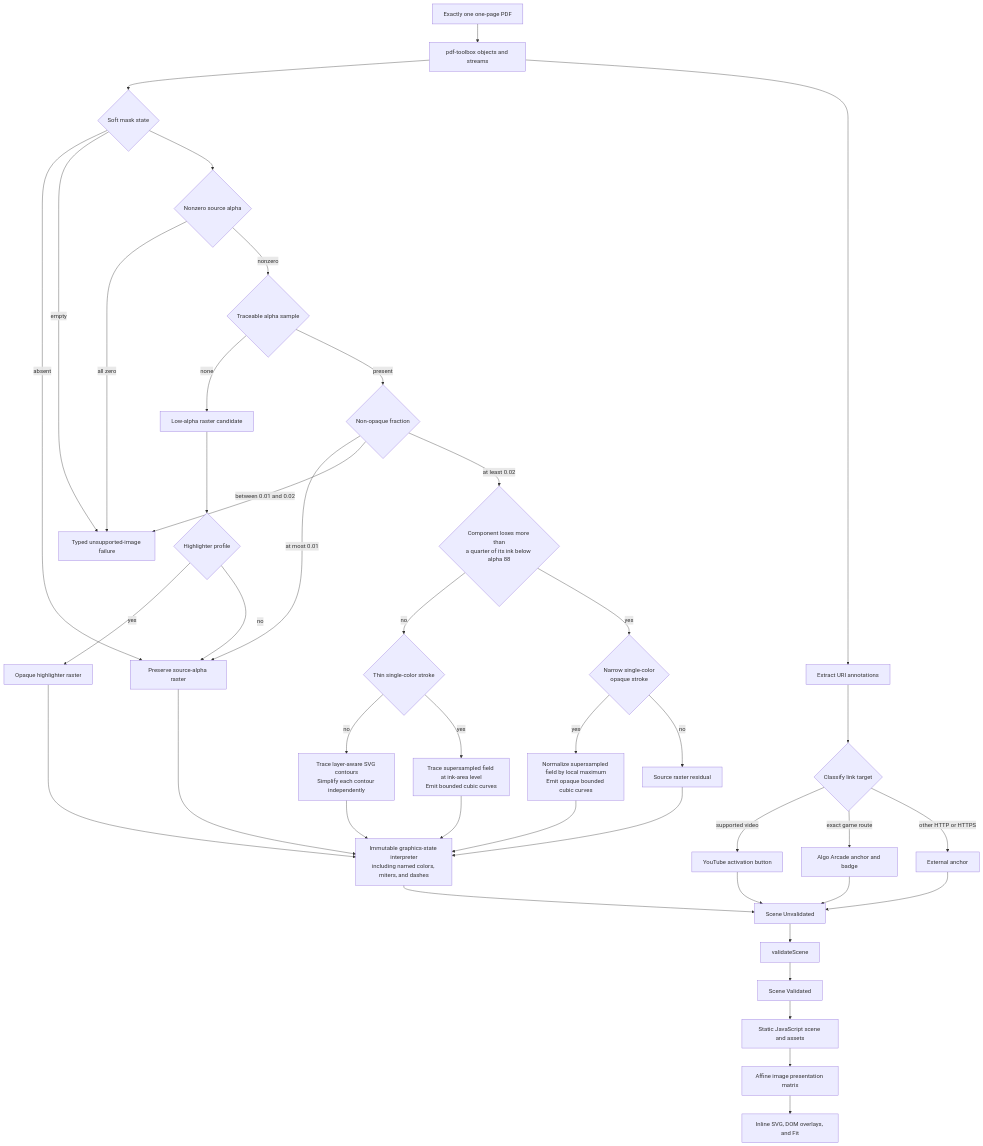
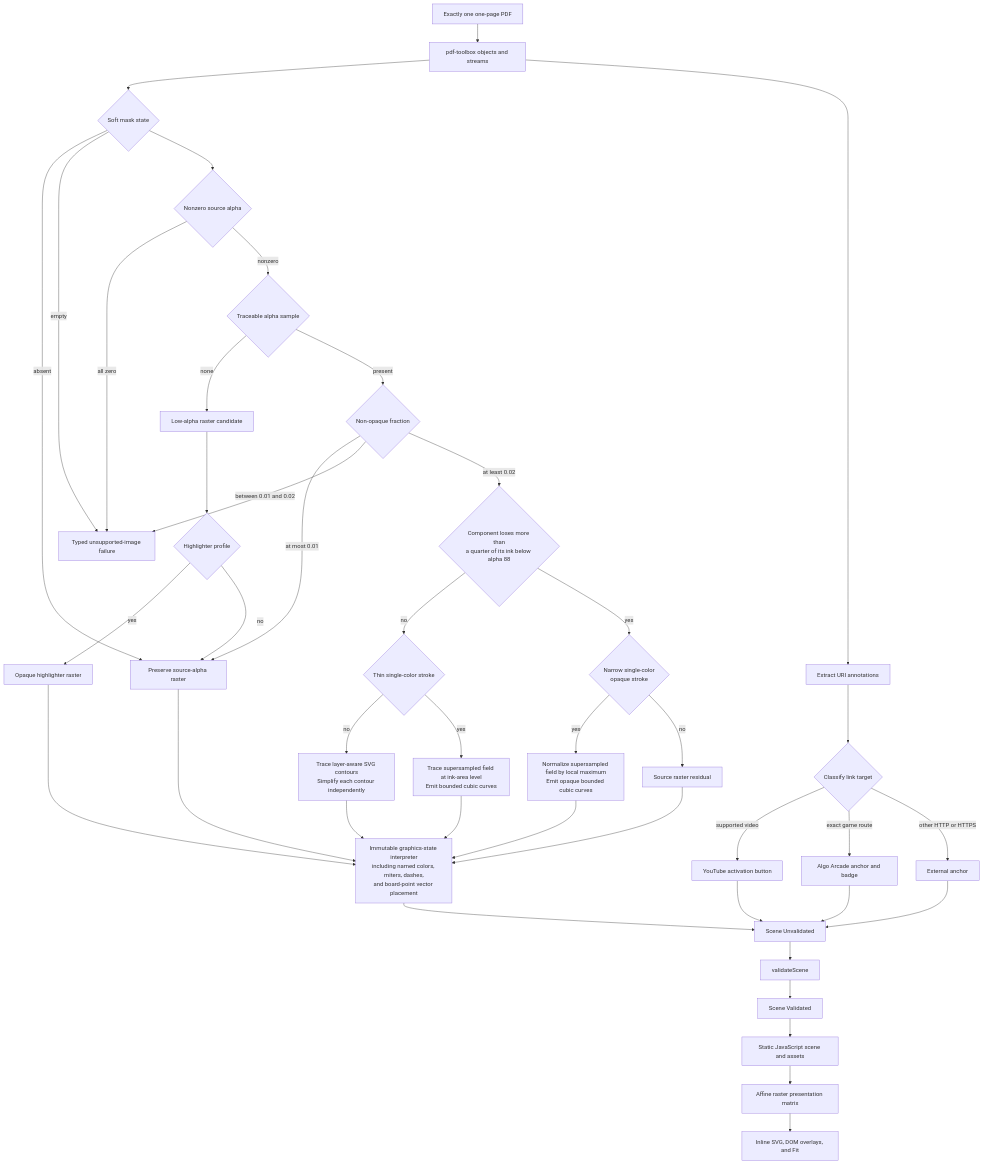
One commit to bajor/notes-website-factory-workflow changed the third of 3 diagrams in docs/architecture.md. Above: the diagram before and after it, drawn with Mermaid. The commit also changed other lines of this file and 8 other files, not shown here.

First line of the commit message:
Document board-point vector artwork

````diff
--- a/docs/architecture.md
+++ b/docs/architecture.md
@@ -77,64 +77,64 @@
 ```mermaid
 flowchart TD
   Input[Exactly one one-page PDF]
   Parse[pdf-toolbox objects and streams]
   Mask{Soft mask state}
   SourceAlpha{Nonzero source alpha}
   Traceable{Traceable alpha sample}
   Fraction{Non-opaque fraction}
   LowAlphaCandidate[Low-alpha raster candidate]
   Highlighter{Highlighter profile}
   Raster[Preserve source-alpha raster]
   OpaqueMarker[Opaque highlighter raster]
   Partition{Component loses more than<br/>a quarter of its ink below alpha 88}
   Thin{Thin single-color stroke}
   Pen{Narrow single-color<br/>opaque stroke}
   Reconstruct[Normalize supersampled field by local maximum<br/>Emit opaque bounded cubic curves]
   Residual[Source raster residual]
   Smooth[Trace supersampled field at ink-area level<br/>Emit bounded cubic curves]
   Vector[Trace layer-aware SVG contours<br/>Simplify each contour independently]
   Reject[Typed unsupported-image failure]
   Links[Extract URI annotations]
   Target{Classify link target}
   YouTube[YouTube activation button]
   Game[Algo Arcade anchor and badge]
   External[External anchor]
-  Interpret[Immutable graphics-state interpreter<br/>including named colors, miters, and dashes]
+  Interpret[Immutable graphics-state interpreter<br/>including named colors, miters, dashes,<br/>and board-point vector placement]
   Raw[Scene Unvalidated]
   Validate[validateScene]
   Valid[Scene Validated]
   Emit[Static JavaScript scene and assets]
-  Affine[Affine image presentation matrix]
+  Affine[Affine raster presentation matrix]
   Browser[Inline SVG, DOM overlays, and Fit]
 
   Input --> Parse --> Mask
   Parse --> Links --> Target
   Mask -->|absent| Raster
   Mask -->|empty| Reject
   Mask --> SourceAlpha
   SourceAlpha -->|all zero| Reject
   SourceAlpha -->|nonzero| Traceable
   Traceable -->|none| LowAlphaCandidate
   Traceable -->|present| Fraction
   Fraction -->|at most 0.01| Raster
   Fraction -->|between 0.01 and 0.02| Reject
   Fraction -->|at least 0.02| Partition
   Partition -->|no| Thin
   Partition -->|yes| Pen
   Pen -->|yes| Reconstruct --> Interpret
   Pen -->|no| Residual --> Interpret
   Thin -->|no| Vector
   Thin -->|yes| Smooth --> Interpret
   Target -->|supported video| YouTube
   Target -->|exact game route| Game
   Target -->|other HTTP or HTTPS| External
   LowAlphaCandidate --> Highlighter
   Highlighter -->|yes| OpaqueMarker --> Interpret
   Highlighter -->|no| Raster --> Interpret
   Vector --> Interpret
   Interpret --> Raw
   YouTube --> Raw
   Game --> Raw
   External --> Raw
   Raw --> Validate --> Valid --> Emit --> Affine --> Browser
 ```
````
